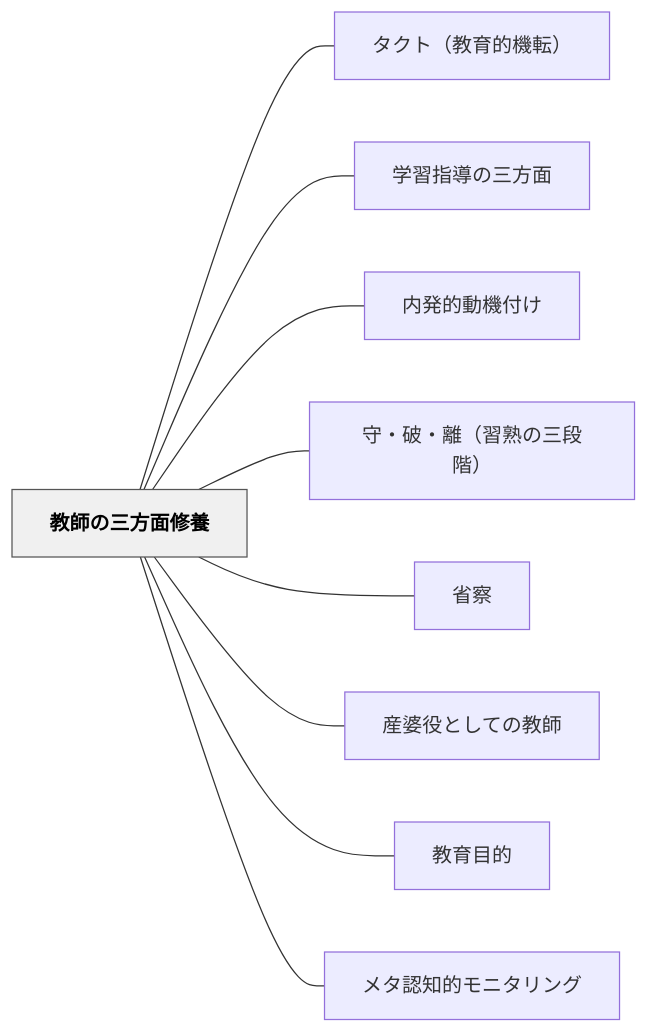
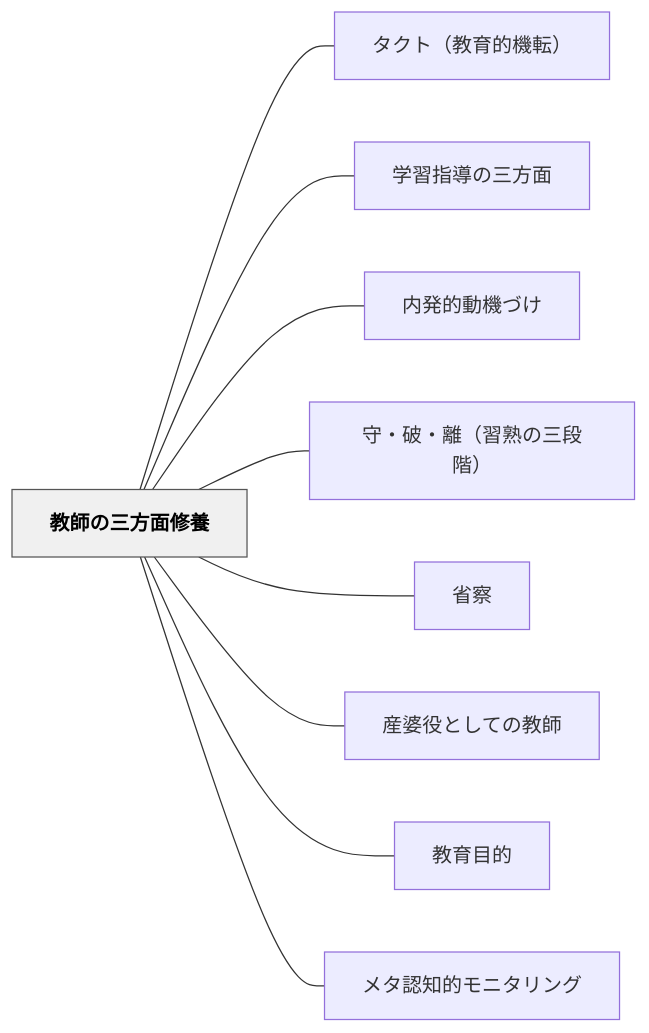
Before and after one commit to unknownthings-ed-patterns/unknownthings-ed-patterns: the diagram in content/パタン/教師の三方面修養.md, drawn with Mermaid. The commit also changed other lines of this file and 234 other files, not shown here.

````diff
--- a/content/パタン/教師の三方面修養.md
+++ b/content/パタン/教師の三方面修養.md
@@ -127,24 +127,24 @@
 ```mermaid
 flowchart LR
     ne69599e5b8abe381aee4b889e696b9e99da2e4bfaee9a48a["教師の三方面修養"]
     ne382bfe382afe38388efbc88e69599e882b2e79a84e6a99fe8bba2efbc89["タクト（教育的機転）"]
     ne5ada6e7bf92e68c87e5b08ee381aee4b889e696b9e99da2["学習指導の三方面"]
-    ne58685e799bae79a84e58b95e6a99fe4bb98e38191["内発的動機付け"]
+    ne58685e799bae79a84e58b95e6a99fe381a5e38191["内発的動機づけ"]
     ne5ae88e383bbe7a0b4e383bbe99ba2efbc88e7bf92e7869fe381aee4b889e6aeb5e99a8eefbc89["守・破・離（習熟の三段階）"]
     ne79c81e5af9f["省察"]
     ne794a3e5a986e5bdb9e381a8e38197e381a6e381aee69599e5b8ab["産婆役としての教師"]
     ne69599e882b2e79baee79a84["教育目的"]
     ne383a1e382bfe8aa8de79fa5e79a84e383a2e3838be382bfe383aae383b3e382b0["メタ認知的モニタリング"]
 
     ne69599e5b8abe381aee4b889e696b9e99da2e4bfaee9a48a --- ne382bfe382afe38388efbc88e69599e882b2e79a84e6a99fe8bba2efbc89
     ne69599e5b8abe381aee4b889e696b9e99da2e4bfaee9a48a --- ne5ada6e7bf92e68c87e5b08ee381aee4b889e696b9e99da2
-    ne69599e5b8abe381aee4b889e696b9e99da2e4bfaee9a48a --- ne58685e799bae79a84e58b95e6a99fe4bb98e38191
+    ne69599e5b8abe381aee4b889e696b9e99da2e4bfaee9a48a --- ne58685e799bae79a84e58b95e6a99fe381a5e38191
     ne69599e5b8abe381aee4b889e696b9e99da2e4bfaee9a48a --- ne5ae88e383bbe7a0b4e383bbe99ba2efbc88e7bf92e7869fe381aee4b889e6aeb5e99a8eefbc89
     ne69599e5b8abe381aee4b889e696b9e99da2e4bfaee9a48a --- ne79c81e5af9f
     ne69599e5b8abe381aee4b889e696b9e99da2e4bfaee9a48a --- ne794a3e5a986e5bdb9e381a8e38197e381a6e381aee69599e5b8ab
     ne69599e5b8abe381aee4b889e696b9e99da2e4bfaee9a48a --- ne69599e882b2e79baee79a84
     ne69599e5b8abe381aee4b889e696b9e99da2e4bfaee9a48a --- ne383a1e382bfe8aa8de79fa5e79a84e383a2e3838be382bfe383aae383b3e382b0
 
     classDef hub fill:#f0f0f0,stroke:#555,color:#000,font-weight:bold
     class ne69599e5b8abe381aee4b889e696b9e99da2e4bfaee9a48a hub
 ```
````
